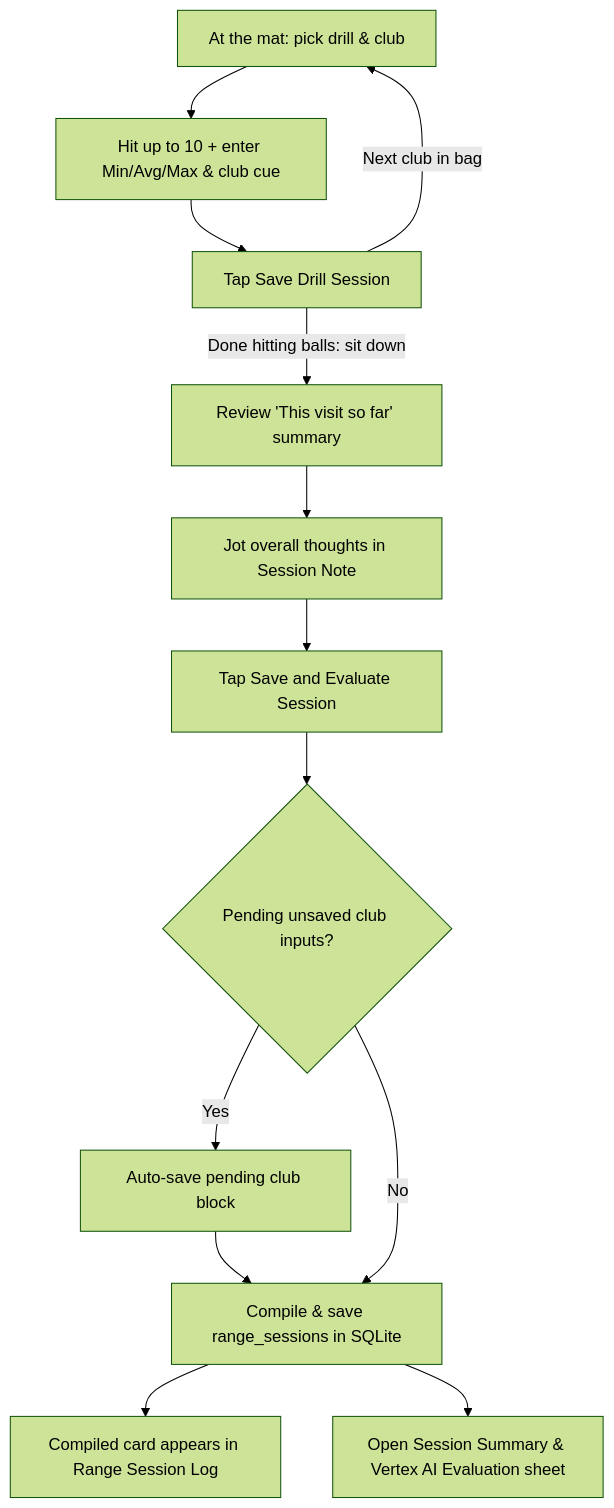
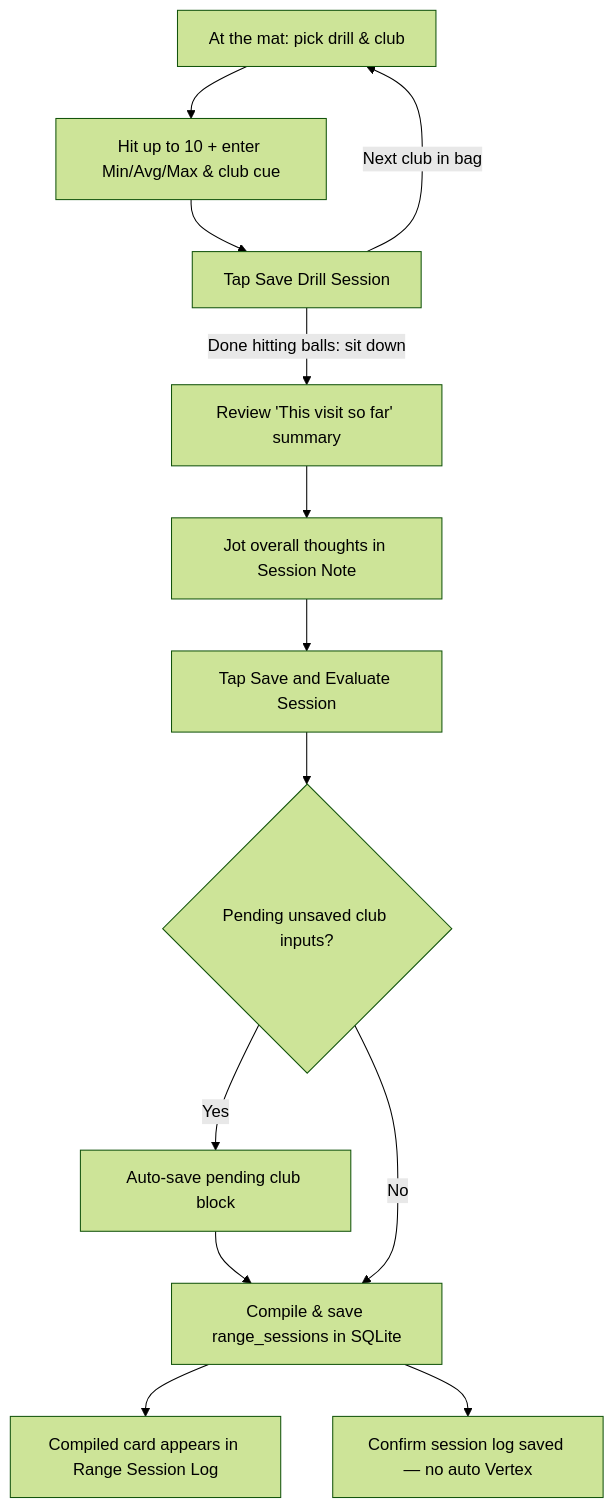
One commit to ograva/My-Golf-Diary changed the diagram in docs/context/designs/Wireframe_Range.md. Above: the diagram before and after it, drawn with Mermaid (forest theme). The commit also changed other lines of this file and 24 other files, not shown here.

````diff
--- a/docs/context/designs/Wireframe_Range.md
+++ b/docs/context/designs/Wireframe_Range.md
@@ -112,14 +113,14 @@
 ```mermaid
 flowchart TD
   mat[At the mat: pick drill & club] --> block[Hit up to 10 + enter Min/Avg/Max & club cue]
   block --> saveBlock[Tap Save Drill Session]
   saveBlock -->|Next club in bag| mat
   saveBlock -->|Done hitting balls: sit down| sit[Review 'This visit so far' summary]
   sit --> note[Jot overall thoughts in Session Note]
   note --> compile[Tap Save and Evaluate Session]
   compile --> flush{Pending unsaved club inputs?}
   flush -->|Yes| autoSave[Auto-save pending club block] --> db[Compile & save range_sessions in SQLite]
   flush -->|No| db
   db --> log[Compiled card appears in Range Session Log]
-  db --> evalSheet[Open Session Summary & Vertex AI Evaluation sheet]
+  db --> snack[Confirm session log saved — no auto Vertex]
 ```
````
